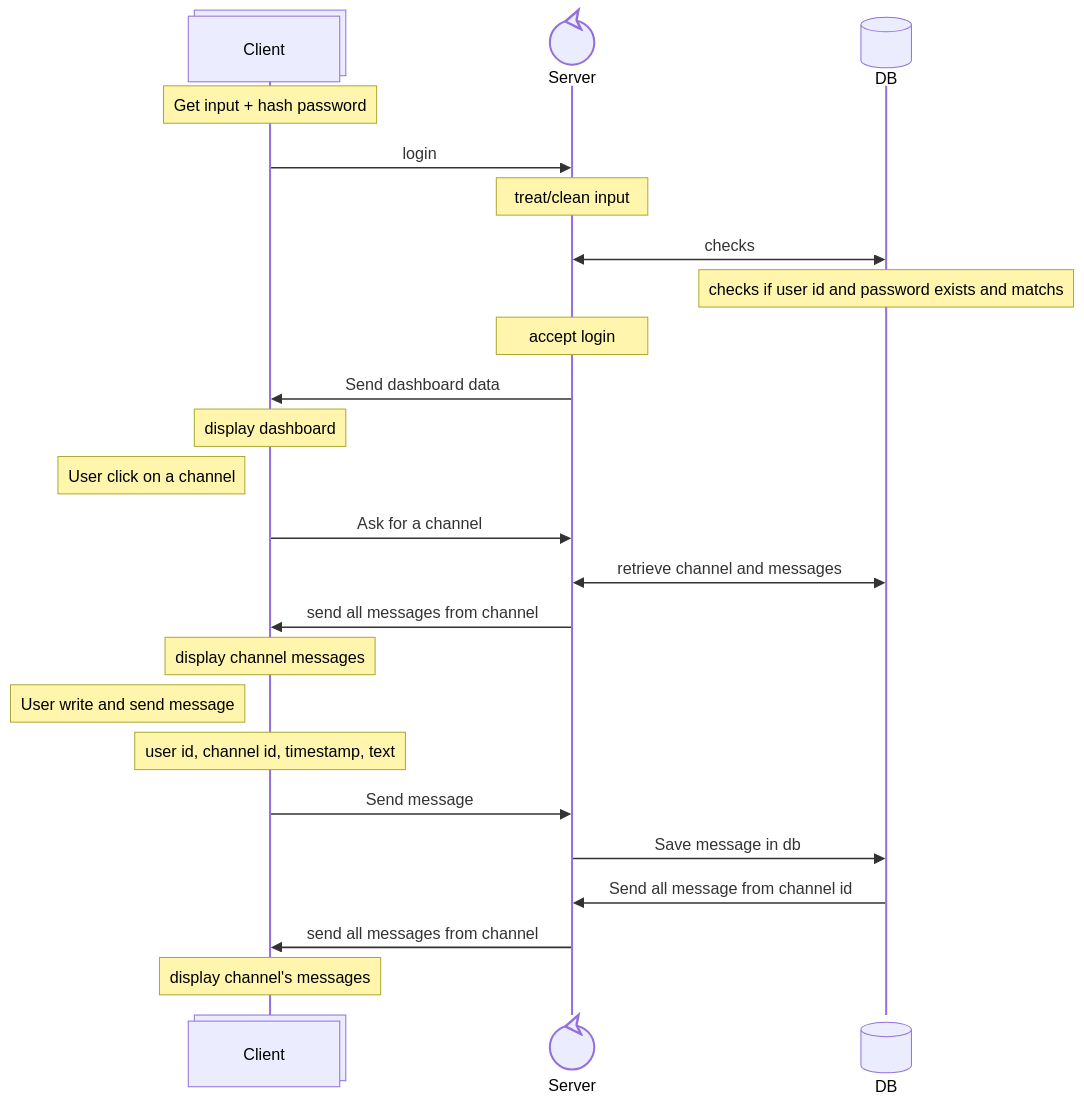
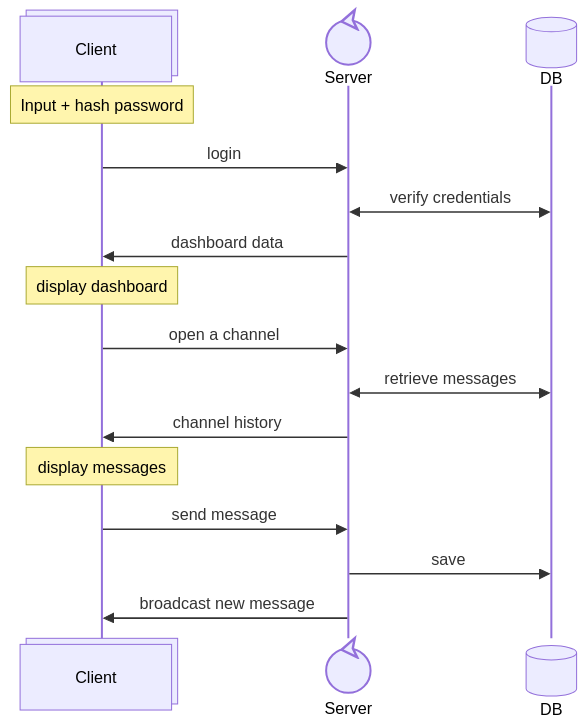
The first of 2 diagrams in README.md (AdelinePat/wizzMania), drawn with Mermaid before and after one commit. The commit also changed other lines of this file and 62 other files, not shown here.

````diff
--- a/README.md
+++ b/README.md
@@ -41,26 +175,18 @@
 ```mermaid
 sequenceDiagram
-        participant Client@{"type": "collections"}
-        participant Server@{"type": "control"}
-        participant DB@{"type": "database"}
-        Note over Client: Get input + hash password
-        Client->>Server: login
-        Note over Server: treat/clean input
-        Server<<->>DB: checks
-        Note over DB: checks if user id and password exists and matchs
-        Note over Server: accept login
-        Server->>Client: Send dashboard data
-        Note over Client: display dashboard
-        Note left of Client: User click on a channel
-        Client->>Server: Ask for a channel
-        Server<<->>DB: retrieve channel and messages
-        Server->>Client: send all messages from channel
-        Note over Client: display channel messages 
-        Note left of Client: User write and send message
-        Note over Client: user id, channel id, timestamp, text
-        Client->>Server: Send message 
-        Server->>DB: Save message in db
-        DB->>Server: Send all message from channel id
-        Server->>Client: send all messages from channel
-        Note over Client: display channel's messages
+    participant Client@{"type": "collections"}
+    participant Server@{"type": "control"}
+    participant DB@{"type": "database"}
+    Note over Client: Input + hash password
+    Client->>Server: login
+    Server<<->>DB: verify credentials
+    Server->>Client: dashboard data
+    Note over Client: display dashboard
+    Client->>Server: open a channel
+    Server<<->>DB: retrieve messages
+    Server->>Client: channel history
+    Note over Client: display messages
+    Client->>Server: send message
+    Server->>DB: save
+    Server->>Client: broadcast new message
 ```
````
